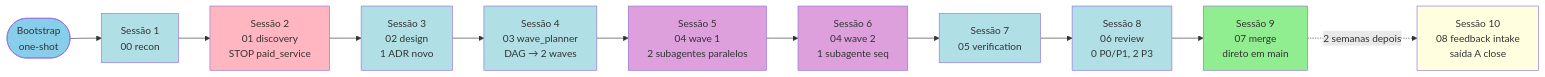
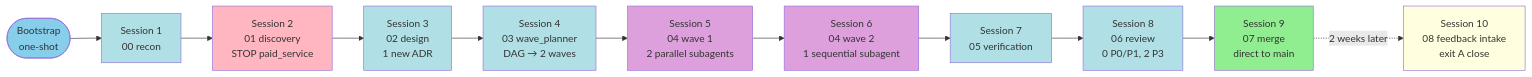
One commit to gcunharodrigues/xp-icm-workflow changed the diagram in references/example-run.md. Above: the diagram before and after it, drawn with Mermaid. The commit also changed other lines of this file and 12 other files, not shown here.

````diff
--- a/references/example-run.md
+++ b/references/example-run.md
@@ -23,25 +23,25 @@
 ```mermaid
 flowchart LR
-    BOOT([Bootstrap<br/>one-shot]) --> S1[Sessão 1<br/>00 recon]
-    S1 --> S2[Sessão 2<br/>01 discovery<br/>STOP paid_service]
-    S2 --> S3[Sessão 3<br/>02 design<br/>1 ADR novo]
-    S3 --> S4[Sessão 4<br/>03 wave_planner<br/>DAG → 2 waves]
-    S4 --> S5[Sessão 5<br/>04 wave 1<br/>2 subagentes paralelos]
-    S5 --> S6[Sessão 6<br/>04 wave 2<br/>1 subagente seq]
-    S6 --> S7[Sessão 7<br/>05 verification]
-    S7 --> S8[Sessão 8<br/>06 review<br/>0 P0/P1, 2 P3]
-    S8 --> S9[Sessão 9<br/>07 merge<br/>direto em main]
-    S9 -.->|2 semanas depois| S10[Sessão 10<br/>08 feedback intake<br/>saída A close]
+    BOOT([Bootstrap<br/>one-shot]) --> S1[Session 1<br/>00 recon]
+    S1 --> S2[Session 2<br/>01 discovery<br/>STOP paid_service]
+    S2 --> S3[Session 3<br/>02 design<br/>1 new ADR]
+    S3 --> S4[Session 4<br/>03 wave_planner<br/>DAG → 2 waves]
+    S4 --> S5[Session 5<br/>04 wave 1<br/>2 parallel subagents]
+    S5 --> S6[Session 6<br/>04 wave 2<br/>1 sequential subagent]
+    S6 --> S7[Session 7<br/>05 verification]
+    S7 --> S8[Session 8<br/>06 review<br/>0 P0/P1, 2 P3]
+    S8 --> S9[Session 9<br/>07 merge<br/>direct to main]
+    S9 -.->|2 weeks later| S10[Session 10<br/>08 feedback intake<br/>exit A close]
 
     style BOOT fill:#87CEEB
     style S1 fill:#B0E0E6
     style S2 fill:#FFB6C1
     style S3 fill:#B0E0E6
     style S4 fill:#B0E0E6
     style S5 fill:#DDA0DD
     style S6 fill:#DDA0DD
     style S7 fill:#B0E0E6
     style S8 fill:#B0E0E6
     style S9 fill:#90EE90
     style S10 fill:#FFFFE0
 ```
````
